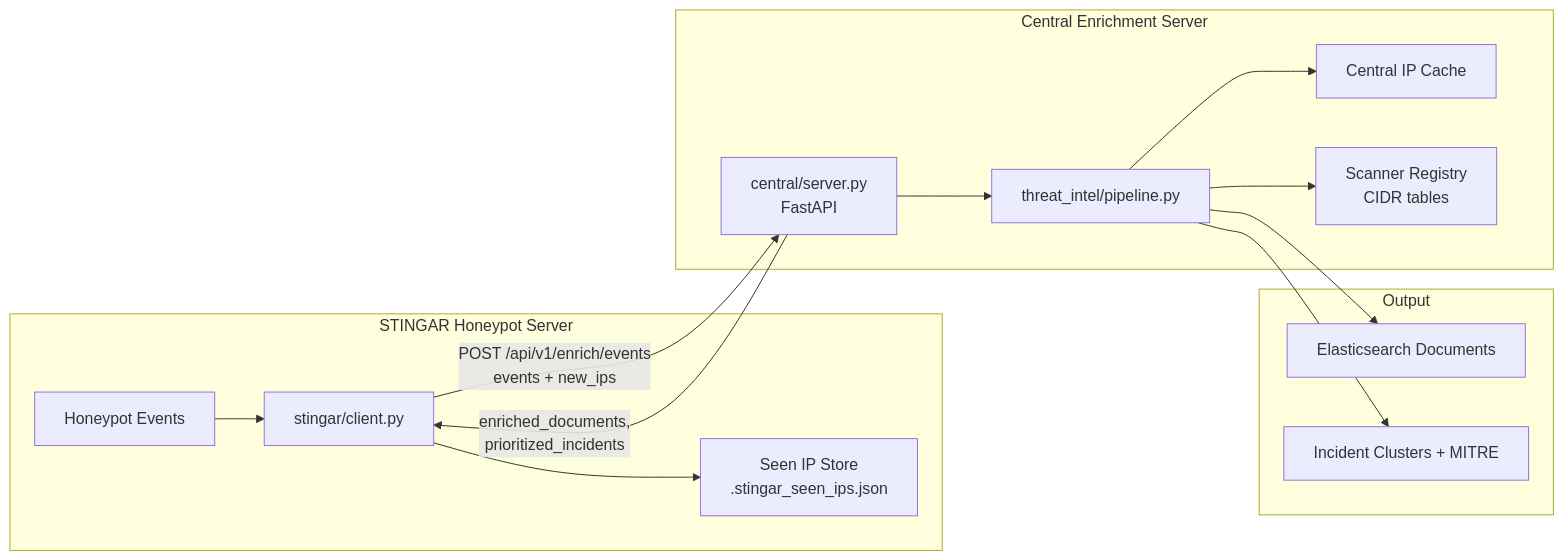
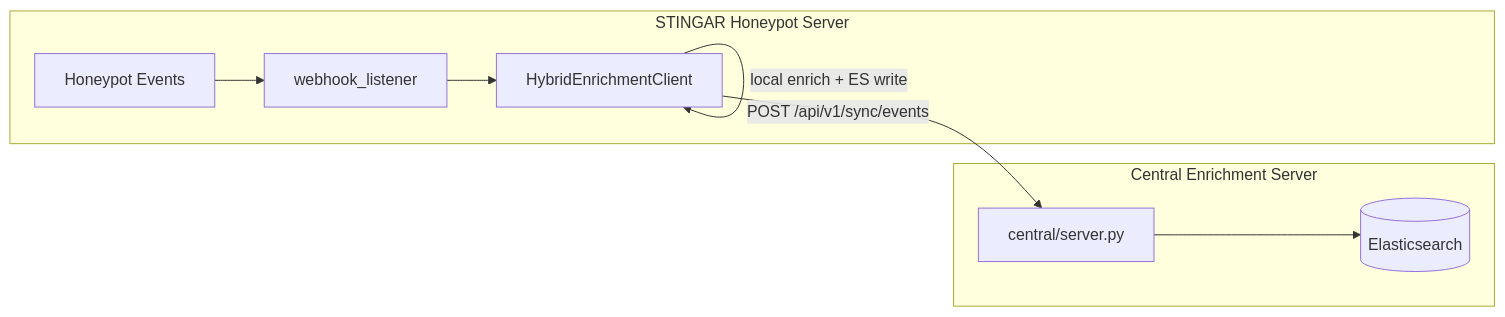
Before and after one commit to Rudhmilaa/threat-intel-agent: the first of 2 diagrams in README.md, drawn with Mermaid. The commit also changed other lines of this file and 13 other files, not shown here.

````diff
--- a/README.md
+++ b/README.md
@@ -49,30 +69,17 @@
 ```mermaid
 flowchart LR
     subgraph StingarNode["STINGAR Honeypot Server"]
         HP[Honeypot Events]
-        SEEN[Seen IP Store\n.stingar_seen_ips.json]
-        SC[stingar/client.py]
+        WH[webhook_listener]
+        HEC[HybridEnrichmentClient]
     end
 
     subgraph Central["Central Enrichment Server"]
-        API[central/server.py\nFastAPI]
-        CACHE[Central IP Cache]
-        ENR[threat_intel/pipeline.py]
-        SCAN[Scanner Registry\nCIDR tables]
+        API[central/server.py]
+        ES[(Elasticsearch)]
     end
 
-    subgraph Output
-        ES[Elasticsearch Documents]
-        CLU[Incident Clusters + MITRE]
-    end
-
-    HP --> SC
-    SC --> SEEN
-    SC -->|"POST /api/v1/enrich/events\nevents + new_ips"| API
-    API --> ENR
-    ENR --> SCAN
-    ENR --> CACHE
-    ENR --> ES
-    ENR --> CLU
-    API -->|"enriched_documents,\nprioritized_incidents"| SC
+    HP --> WH --> HEC
+    HEC -->|"local enrich + ES write"| HEC
+    HEC -->|"POST /api/v1/sync/events"| API --> ES
 ```
````
